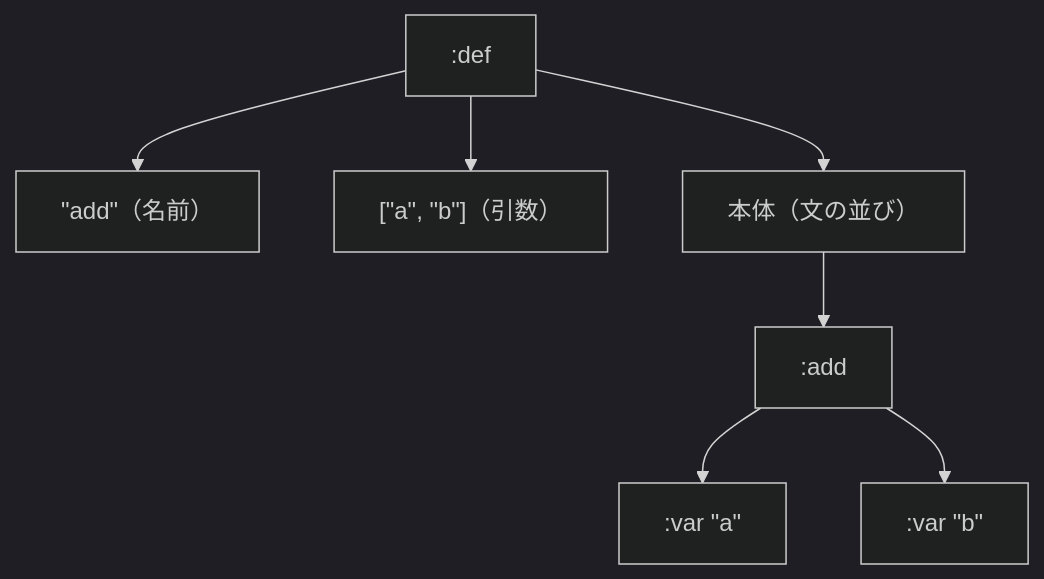
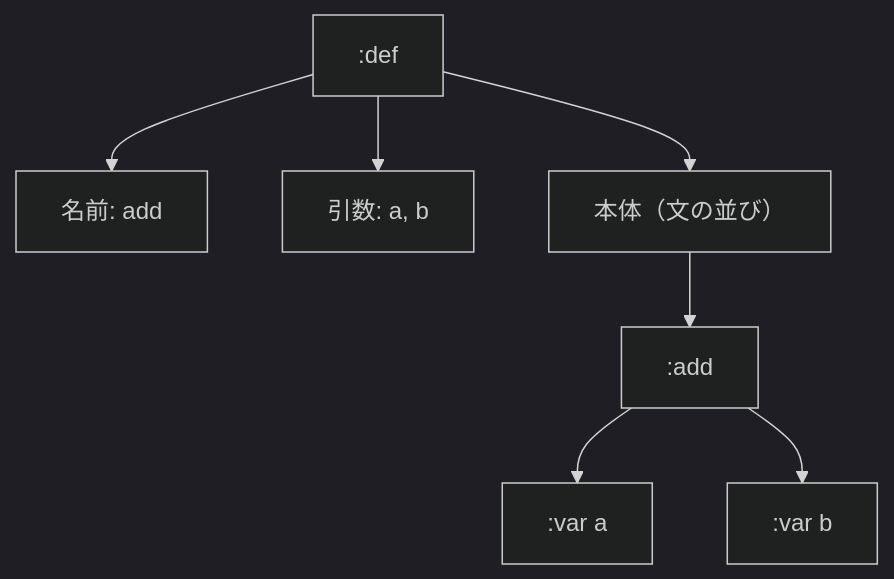
Before and after one commit to kolanglab/book_langimpl_intro: the second of 2 diagrams in parsing.md, drawn with Mermaid (dark theme).

Commit message:
[ligarb] Review: parsing.md
User: やっぱりエラーのままだねぇ
Claude: Build succeeds, so this is a **Mermaid rendering error in the browser**, not a build error. The culprit is the second diagram's node labels: they embed literal square brackets and `&quot;` quote entit...

Files: parsing.md

````diff
--- a/parsing.md
+++ b/parsing.md
@@ -54,9 +54,9 @@
 ```mermaid
 graph TD
-    A[":def"] --> B["&quot;add&quot;（名前）"]
-    A --> C["[&quot;a&quot;, &quot;b&quot;]（引数）"]
+    A[":def"] --> B["名前: add"]
+    A --> C["引数: a, b"]
     A --> D["本体（文の並び）"]
     D --> E[":add"]
-    E --> F[":var &quot;a&quot;"]
-    E --> G[":var &quot;b&quot;"]
+    E --> F[":var a"]
+    E --> G[":var b"]
 ```
````
